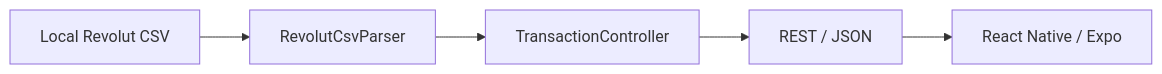
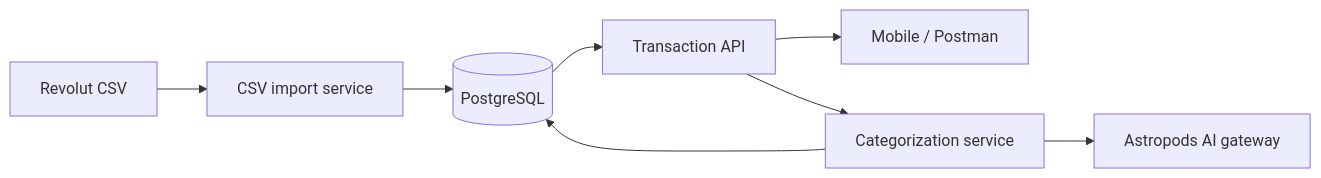
One commit to zbybko/bank-insights-backend changed the diagram in README.md. Above: the diagram before and after it, drawn with Mermaid. The commit also changed other lines of this file and 3 other files, not shown here.

Commit message:
docs: update backend setup architecture and verification

````diff
--- a/README.md
+++ b/README.md
@@ -29,7 +19,10 @@
 ```mermaid
 flowchart LR
-    CSV[Local Revolut CSV] --> Parser[RevolutCsvParser]
-    Parser --> Controller[TransactionController]
-    Controller --> JSON[REST / JSON]
-    JSON --> App[React Native / Expo]
+    CSV[Revolut CSV] --> Import[CSV import service]
+    Import --> DB[(PostgreSQL)]
+    DB --> API[Transaction API]
+    API --> App[Mobile / Postman]
+    API --> Enrichment[Categorization service]
+    Enrichment --> Gateway[Astropods AI gateway]
+    Enrichment --> DB
 ```
````
